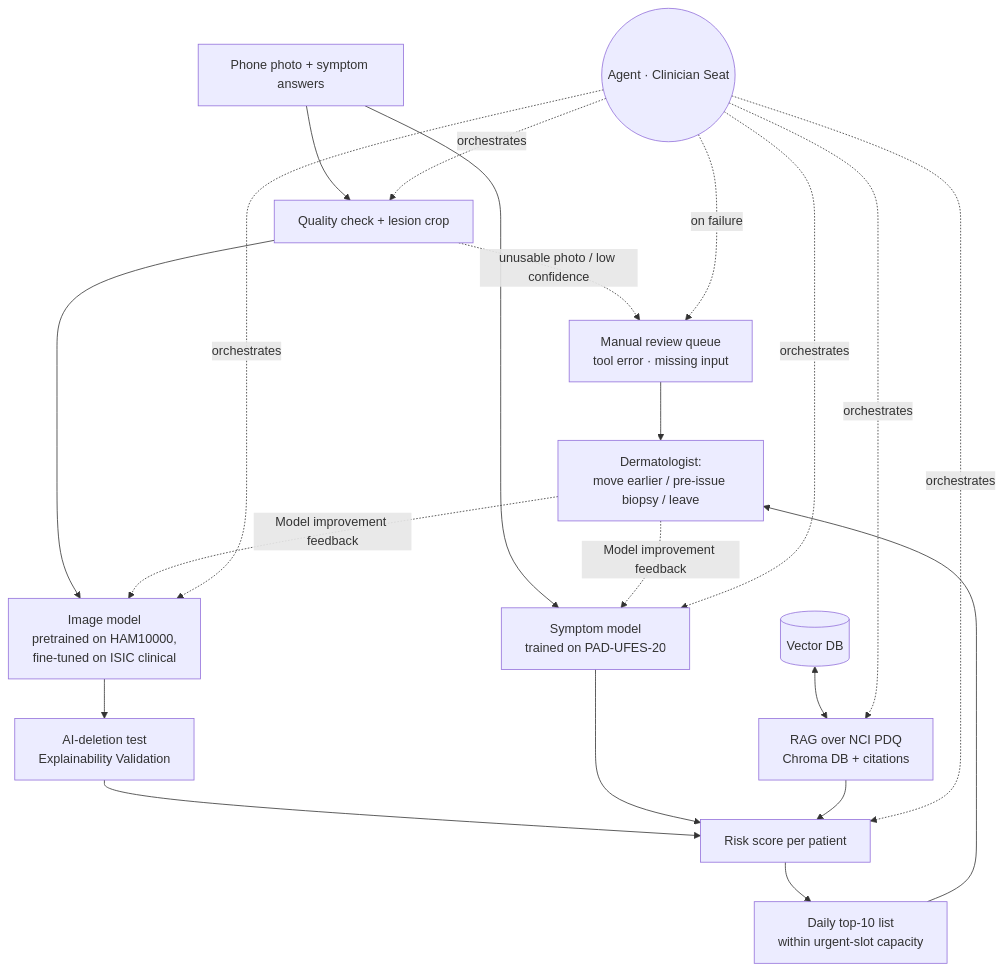
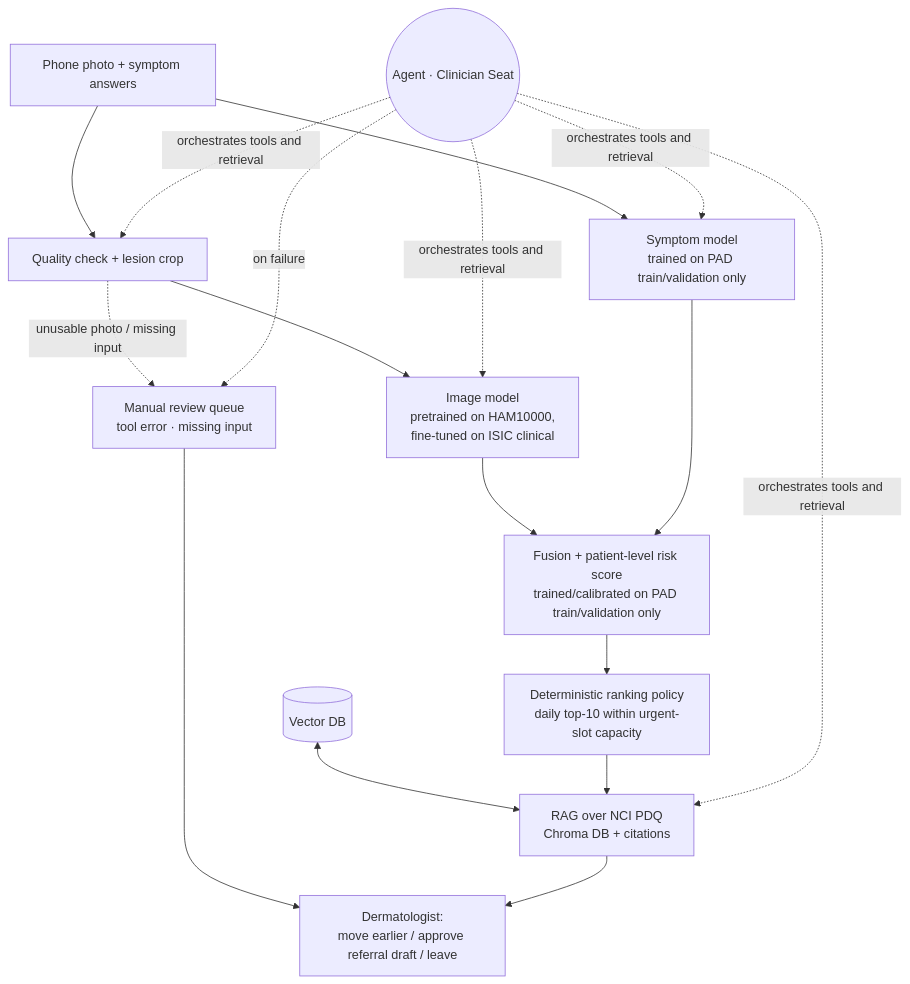
One commit to IfatDav/skin-lesion-assistant changed the diagram in CHARTER.md. Above: the diagram before and after it, drawn with Mermaid.

````diff
--- a/CHARTER.md
+++ b/CHARTER.md
@@ -60,31 +60,26 @@
 ```mermaid
 flowchart TD
     %% Data Input & Quality Routing
     A[Phone photo + symptom answers] --> B[Quality check + lesion crop]
-    
-    %% Error and Low-Confidence Routing (Fail-safe)
-    B -. unusable photo / low confidence .-> M[Manual review queue<br/>tool error · missing input]
-    M --> F[Dermatologist:<br/>move earlier / pre-issue biopsy / leave]
+
+    %% Error and Low-Confidence Routing
+    B -. unusable photo / missing input .-> M[Manual review queue<br/>tool error · missing input]
+    M --> F[Dermatologist:<br/>move earlier / approve referral draft / leave]
 
     %% Core Machine Learning Pipeline
     B --> C[Image model<br/>pretrained on HAM10000,<br/>fine-tuned on ISIC clinical]
-    A --> S[Symptom model<br/>trained on PAD-UFES-20]
-    
-    %% NEW: Explainability Verification (AI-Deletion Test)
-    C --> XAI[AI-deletion test<br/>Explainability Validation]
+    A --> S[Symptom model<br/>trained on PAD train/validation only]
 
-    %% Knowledge Base Layer (Fixed Position)
+    %% Risk Fusion & Capacity Management
+    C & S --> D[Fusion + patient-level risk score<br/>trained/calibrated on PAD train/validation only]
+    D --> L[Deterministic ranking policy<br/>daily top-10 within urgent-slot capacity]
+
+    %% Knowledge & Explanation Layer
     VectorDB[(Vector DB)] <--> RAG[RAG over NCI PDQ<br/>Chroma DB + citations]
-
-    %% Core Logic & Capacity Management
-    XAI & S & RAG --> D[Risk score per patient]
-    D --> L[Daily top-10 list<br/>within urgent-slot capacity]
-    L --> F
-
-    %% Human-in-the-Loop Feedback Loop (Continuous Learning)
-    F -.-> |Model improvement feedback| C & S
+    L --> RAG
+    RAG --> F
 
     %% Agent Supervision Layer
-    G((Agent · Clinician Seat)) -. orchestrates .-> B & C & S & RAG & D
+    G((Agent · Clinician Seat)) -. orchestrates tools and retrieval .-> B & C & S & RAG
     G -. on failure .-> M
   ```
````
